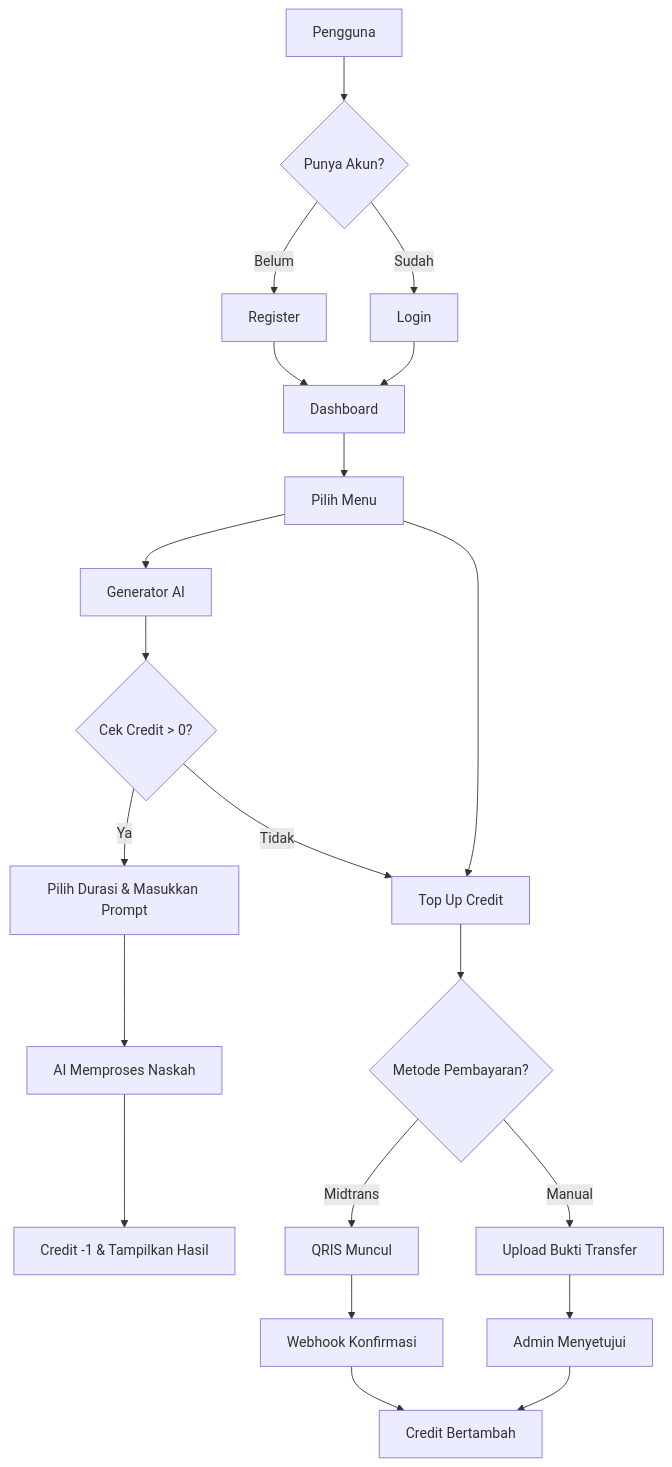
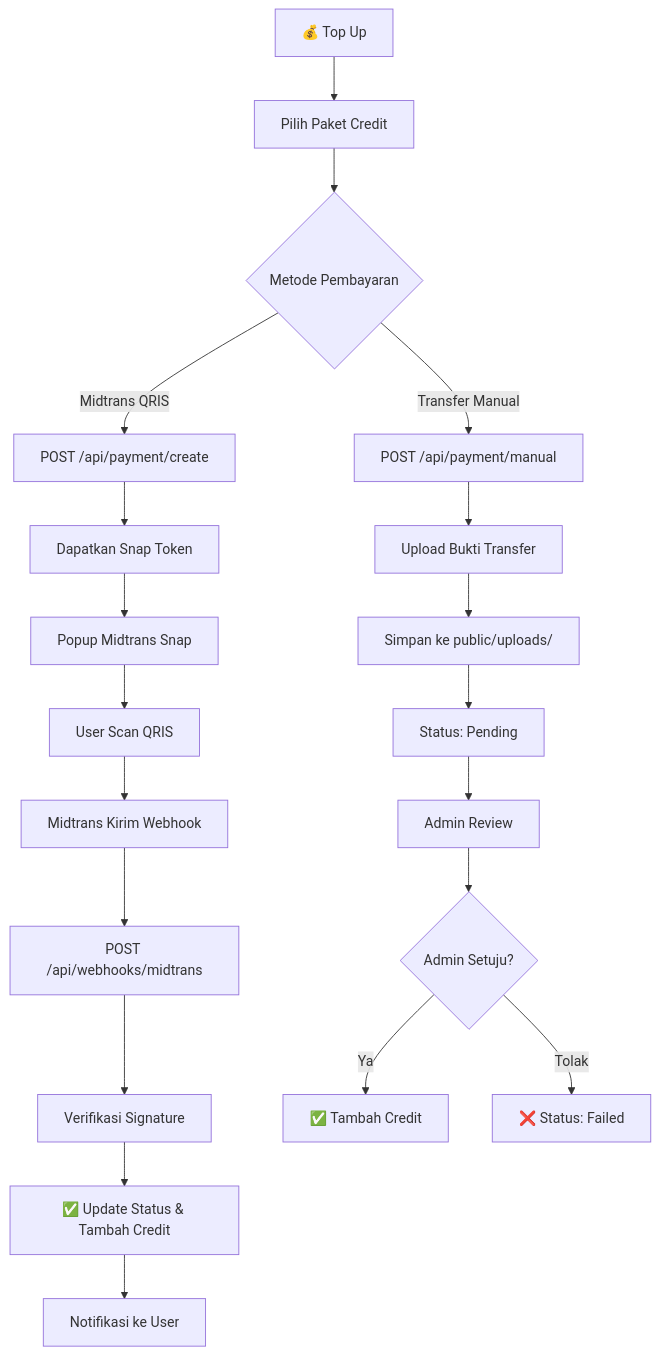
The fourth of 5 diagrams in PRD.md (Muhira007/VO-Script-Generator), drawn with Mermaid before and after one commit. The commit also changed other lines of this file and 2 other files, not shown here.

First line of the commit message:
docs: perbarui dokumentasi dengan diagram alur dan konsistensi branding

````diff
--- a/PRD.md
+++ b/PRD.md
@@ -90,27 +170,24 @@
 ```mermaid
 flowchart TD
-    A[Pengguna] --> B{Punya Akun?}
-    B -- Belum --> C[Register]
-    B -- Sudah --> D[Login]
-    C --> E[Dashboard]
-    D --> E
+    A["💰 Top Up"] --> B["Pilih Paket Credit"]
+    B --> C{"Metode Pembayaran"}
 
-    E --> F[Pilih Menu]
-    F --> G[Generator AI]
-    F --> H[Top Up Credit]
-    
-    G --> I{Cek Credit > 0?}
-    I -- Ya --> J[Pilih Durasi & Masukkan Prompt]
-    J --> K[AI Memproses Naskah]
-    K --> L[Credit -1 & Tampilkan Hasil]
-    I -- Tidak --> H
-    
-    H --> M{Metode Pembayaran?}
-    M -- Midtrans --> N[QRIS Muncul]
-    N --> O[Webhook Konfirmasi]
-    O --> P[Credit Bertambah]
-    
-    M -- Manual --> Q[Upload Bukti Transfer]
-    Q --> R[Admin Menyetujui]
-    R --> P
+    C -- "Midtrans QRIS" --> D["POST /api/payment/create"]
+    D --> E["Dapatkan Snap Token"]
+    E --> F["Popup Midtrans Snap"]
+    F --> G["User Scan QRIS"]
+    G --> H["Midtrans Kirim Webhook"]
+    H --> I["POST /api/webhooks/midtrans"]
+    I --> J["Verifikasi Signature"]
+    J --> K["✅ Update Status & Tambah Credit"]
+    K --> L["Notifikasi ke User"]
+
+    C -- "Transfer Manual" --> M["POST /api/payment/manual"]
+    M --> N["Upload Bukti Transfer"]
+    N --> O["Simpan ke public/uploads/"]
+    O --> P["Status: Pending"]
+    P --> Q["Admin Review"]
+    Q --> R{"Admin Setuju?"}
+    R -- "Ya" --> S["✅ Tambah Credit"]
+    R -- "Tolak" --> T["❌ Status: Failed"]
 ```
````
